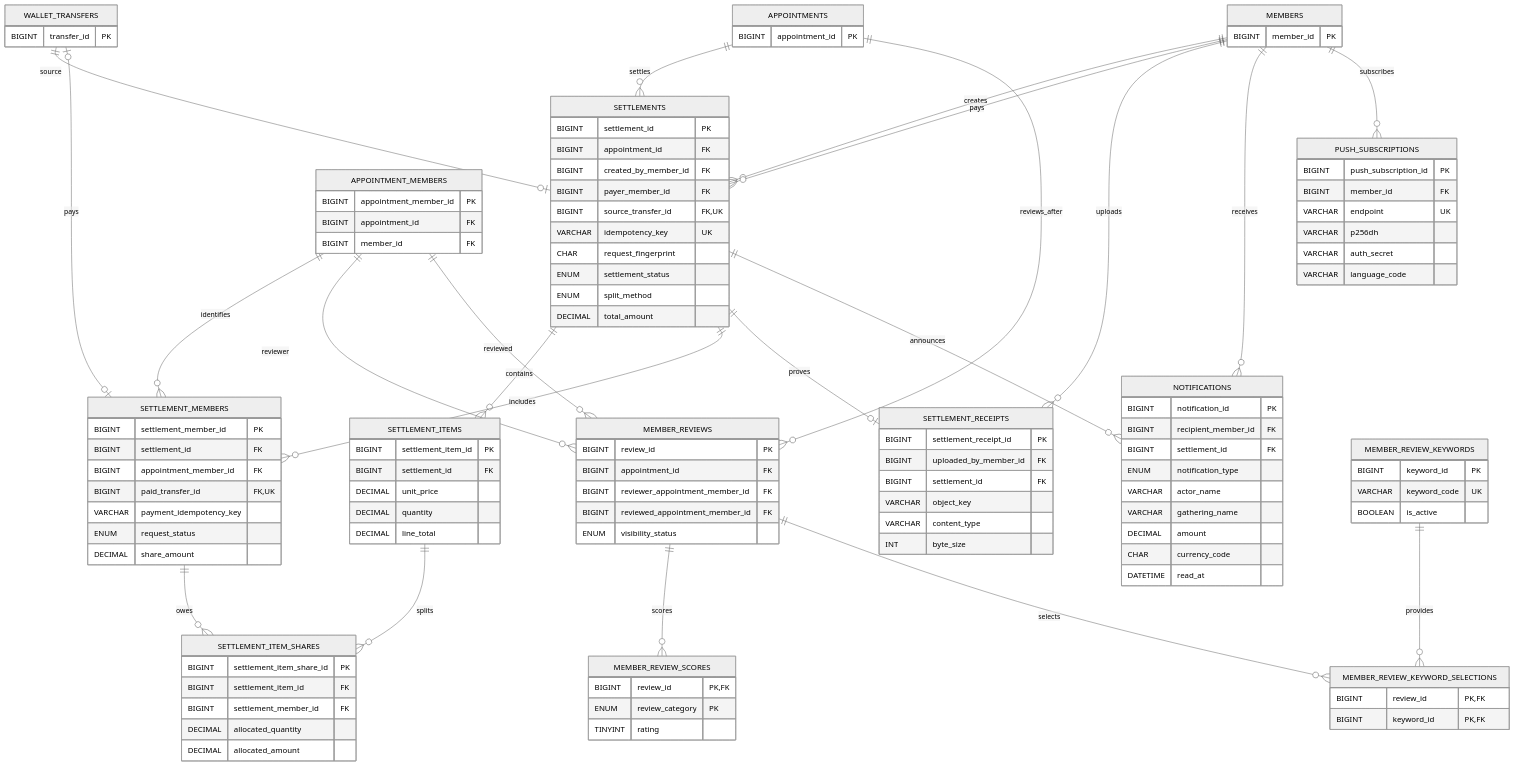
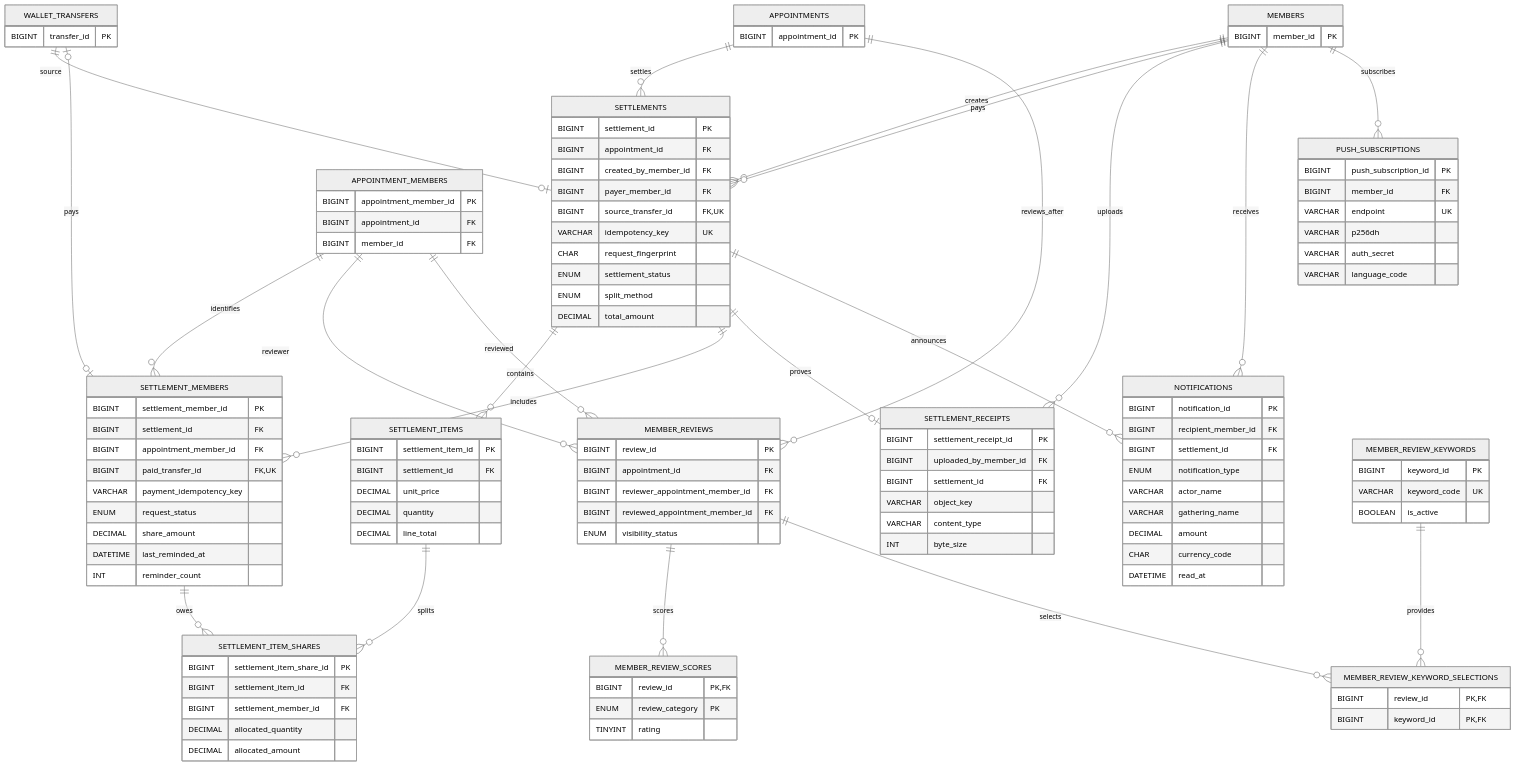
One commit to T-ravelers/NA-WA changed the diagram in backend/docs/database/SETTLEMENT_REVIEW_ERD.md. Above: the diagram before and after it, drawn with Mermaid (neutral theme). The commit also changed other lines of this file and 6 other files, not shown here.

```diff
--- a/backend/docs/database/SETTLEMENT_REVIEW_ERD.md
+++ b/backend/docs/database/SETTLEMENT_REVIEW_ERD.md
@@ -74,6 +74,8 @@
         VARCHAR payment_idempotency_key
         ENUM request_status
         DECIMAL share_amount
+        DATETIME last_reminded_at
+        INT reminder_count
     }
 
     SETTLEMENT_ITEM_SHARES {
```
